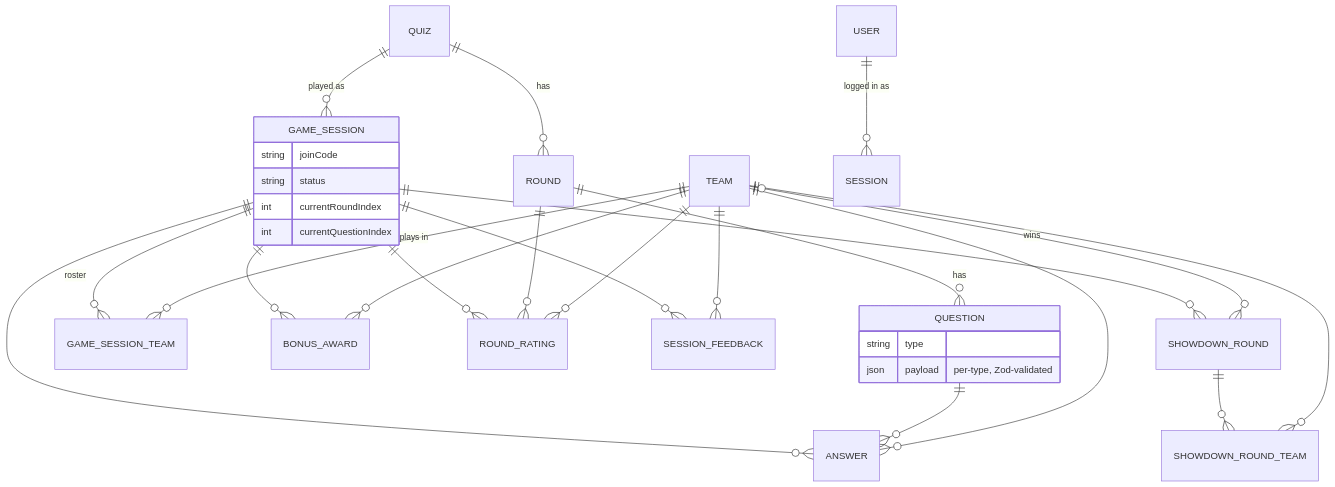
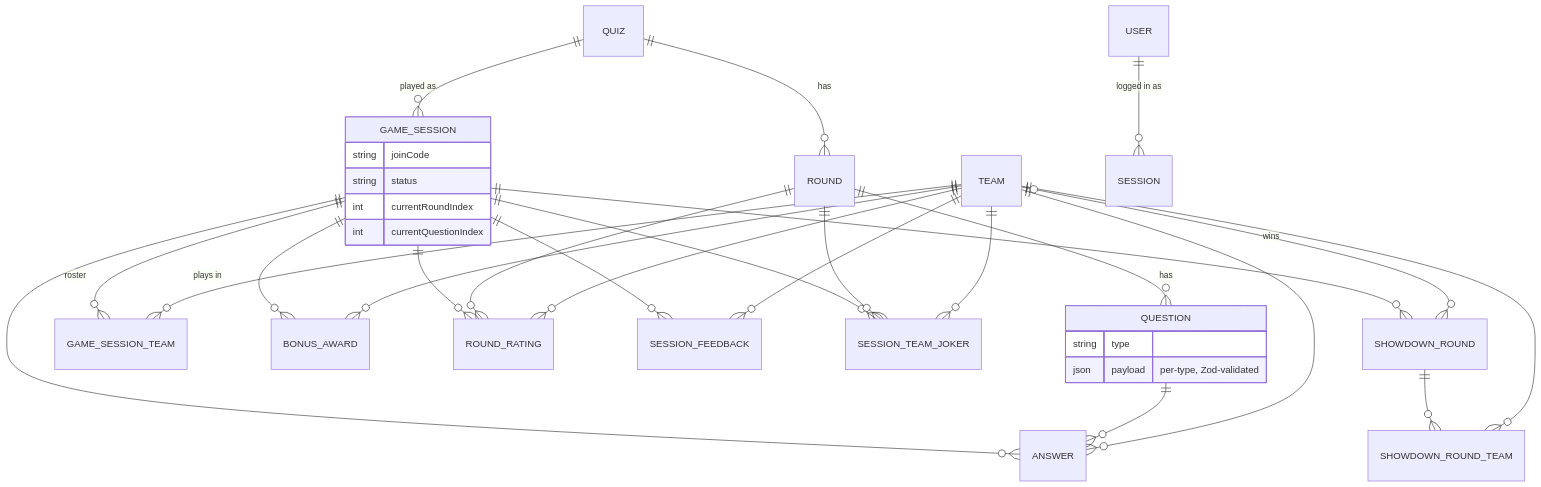
The seventh of 8 diagrams in docs/architecture.md (Sid0rr0/campus-pubquiz), drawn with Mermaid before and after one commit. The commit also changed other lines of this file and 88 other files, not shown here.

````diff
--- a/docs/architecture.md
+++ b/docs/architecture.md
@@ -313,41 +315,45 @@
 ```mermaid
 erDiagram
   QUIZ ||--o{ ROUND : has
   ROUND ||--o{ QUESTION : has
   QUIZ ||--o{ GAME_SESSION : "played as"
 
   GAME_SESSION ||--o{ GAME_SESSION_TEAM : roster
   TEAM ||--o{ GAME_SESSION_TEAM : "plays in"
 
   GAME_SESSION ||--o{ ANSWER : ""
   QUESTION ||--o{ ANSWER : ""
   TEAM ||--o{ ANSWER : ""
 
   GAME_SESSION ||--o{ BONUS_AWARD : ""
   TEAM ||--o{ BONUS_AWARD : ""
 
   GAME_SESSION ||--o{ ROUND_RATING : ""
   ROUND ||--o{ ROUND_RATING : ""
   TEAM ||--o{ ROUND_RATING : ""
 
   GAME_SESSION ||--o{ SESSION_FEEDBACK : ""
   TEAM ||--o{ SESSION_FEEDBACK : ""
 
+  GAME_SESSION ||--o{ SESSION_TEAM_JOKER : ""
+  ROUND ||--o{ SESSION_TEAM_JOKER : ""
+  TEAM ||--o{ SESSION_TEAM_JOKER : ""
+
   GAME_SESSION ||--o{ SHOWDOWN_ROUND : ""
   SHOWDOWN_ROUND ||--o{ SHOWDOWN_ROUND_TEAM : ""
   TEAM ||--o{ SHOWDOWN_ROUND_TEAM : ""
   TEAM |o--o{ SHOWDOWN_ROUND : wins
 
   USER ||--o{ SESSION : "logged in as"
 
   QUESTION {
     string type
     json payload "per-type, Zod-validated"
   }
   GAME_SESSION {
     string joinCode
     string status
     int currentRoundIndex
     int currentQuestionIndex
   }
 ```
````
